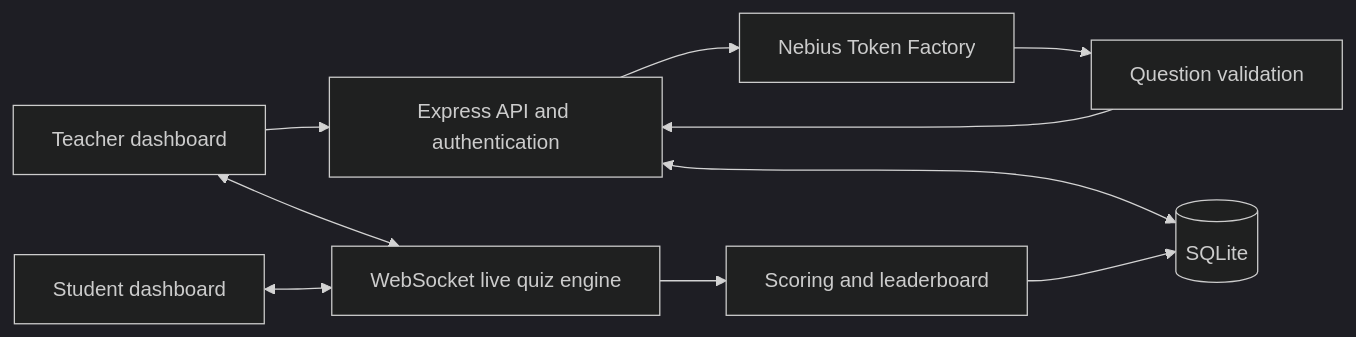
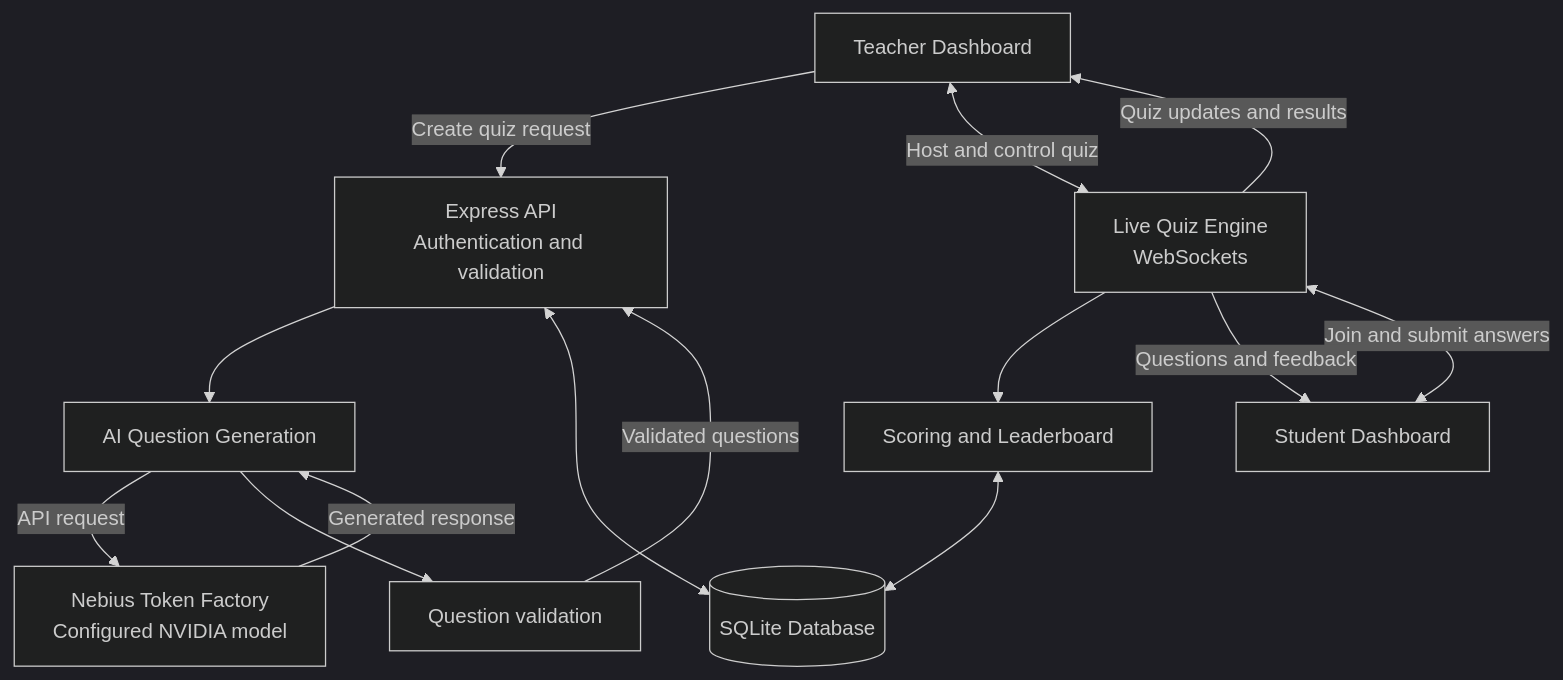
Before and after one commit to Vinod-dead/QuizForze: the diagram in README.md, drawn with Mermaid (dark theme). The commit also changed other lines of this file, not shown here.

Commit message:
Rewrite README for QuizForge hackathon

````diff
--- a/README.md
+++ b/README.md
@@ -96,12 +36,29 @@
 ```mermaid
-flowchart LR
-    T[Teacher dashboard] --> API[Express API and authentication]
-    API --> N[Nebius Token Factory]
-    N --> V[Question validation]
-    V --> API
-    API <--> DB[(SQLite)]
-    T <--> WS[WebSocket live quiz engine]
-    S[Student dashboard] <--> WS
-    WS --> SC[Scoring and leaderboard]
-    SC --> DB
+flowchart TB
+    T["Teacher Dashboard"]
+    S["Student Dashboard"]
+
+    API["Express API<br/>Authentication and validation"]
+    AI["AI Question Generation"]
+    N["Nebius Token Factory<br/>Configured NVIDIA model"]
+    V["Question validation"]
+    DB[("SQLite Database")]
+
+    LIVE["Live Quiz Engine<br/>WebSockets"]
+    SCORE["Scoring and Leaderboard"]
+
+    T -->|"Create quiz request"| API
+    API --> AI
+    AI -->|"API request"| N
+    N -->|"Generated response"| AI
+    AI --> V
+    V -->|"Validated questions"| API
+    API <--> DB
+
+    T <-->|"Host and control quiz"| LIVE
+    S <-->|"Join and submit answers"| LIVE
+    LIVE --> SCORE
+    SCORE <--> DB
+    LIVE -->|"Quiz updates and results"| T
+    LIVE -->|"Questions and feedback"| S
 ```
````
